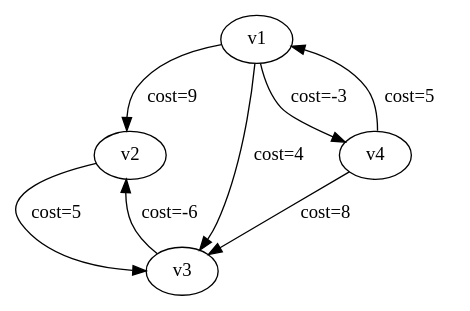
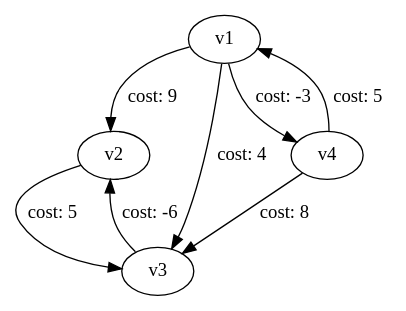
One commit to MaxPower9001/B-AI3GKAP changed the diagram in io/graph_07.dot. Above: the diagram before and after it, drawn with Graphviz. The commit also changed 41 other files, not shown here.

```diff
--- a/io/graph_07.dot
+++ b/io/graph_07.dot
@@ -1,14 +1,13 @@
-digraph graph_07
-{
-v1
-v2
-v3
-v4
-v1 -> v2 [label="cost=9  "]
-v1 -> v3 [label="cost=4  "]
-v1 -> v4 [label="cost=-3  "]
-v2 -> v3 [label="cost=5  "]
-v3 -> v2 [label="cost=-6  "]
-v4 -> v1 [label="cost=5  "]
-v4 -> v3 [label="cost=8  "]
+digraph G {
+	v1 -> v2 [label="cost: 9"];
+	v1 -> v3 [label="cost: 4"];
+	v1 -> v4 [label="cost: -3"];
+	v2 -> v3 [label="cost: 5"];
+	v3 -> v2 [label="cost: -6"];
+	v4 -> v1 [label="cost: 5"];
+	v4 -> v3 [label="cost: 8"];
+	v1 [label="v1"];
+	v2 [label="v2"];
+	v3 [label="v3"];
+	v4 [label="v4"];
 }
```
